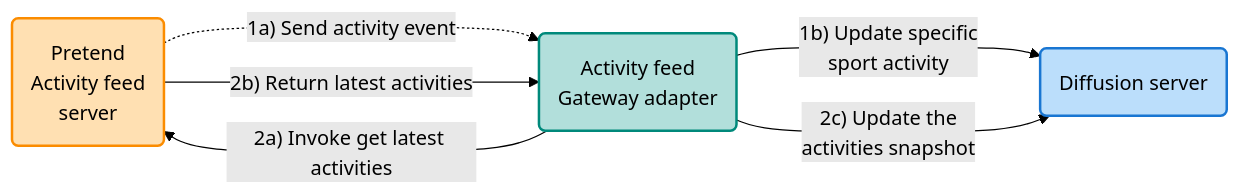
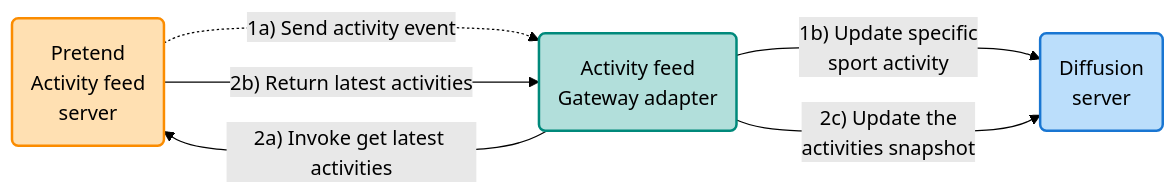
One commit to diffusiondata/gateway-examples changed the diagram in activity-feed-adapter/README.md. Above: the diagram before and after it, drawn with Mermaid (forest theme). The commit also changed other lines of this file and 1 other file, not shown here.

Commit message:
DOC-428: activity feed streaming and polling example.

````diff
--- a/activity-feed-adapter/README.md
+++ b/activity-feed-adapter/README.md
@@ -49,23 +49,23 @@
 ```mermaid
 flowchart LR
 
 %% Nodes
 AFS("Pretend <br /> Activity feed <br /> server"):::orange
 AFG("Activity feed <br /> Gateway adapter"):::green
-DIF("Diffusion server"):::blue
+DIF("Diffusion <br /> server"):::blue
 
 
 %% Edges
 
 AFS -. 1a) Send activity event .-> AFG 
 AFG -- 2a) Invoke get latest activities ---> AFS
 AFS -- 2b) Return latest activities --> AFG
 
-AFG -- 1b) Update specific <br /> sport activity --> DIF
-AFG -- 2c) Update the <br /> activities snapshot ---> DIF
+AFG -- 1b) Update specific \n sport activity --> DIF
+AFG -- 2c) Update the \n activities snapshot ---> DIF
 
 %% Styling
 classDef green fill:#B2DFDB,stroke:#00897B,stroke-width:2px;
 classDef orange fill:#FFE0B2,stroke:#FB8C00,stroke-width:2px;
 classDef blue fill:#BBDEFB,stroke:#1976D2,stroke-width:2px;
 ```
````
